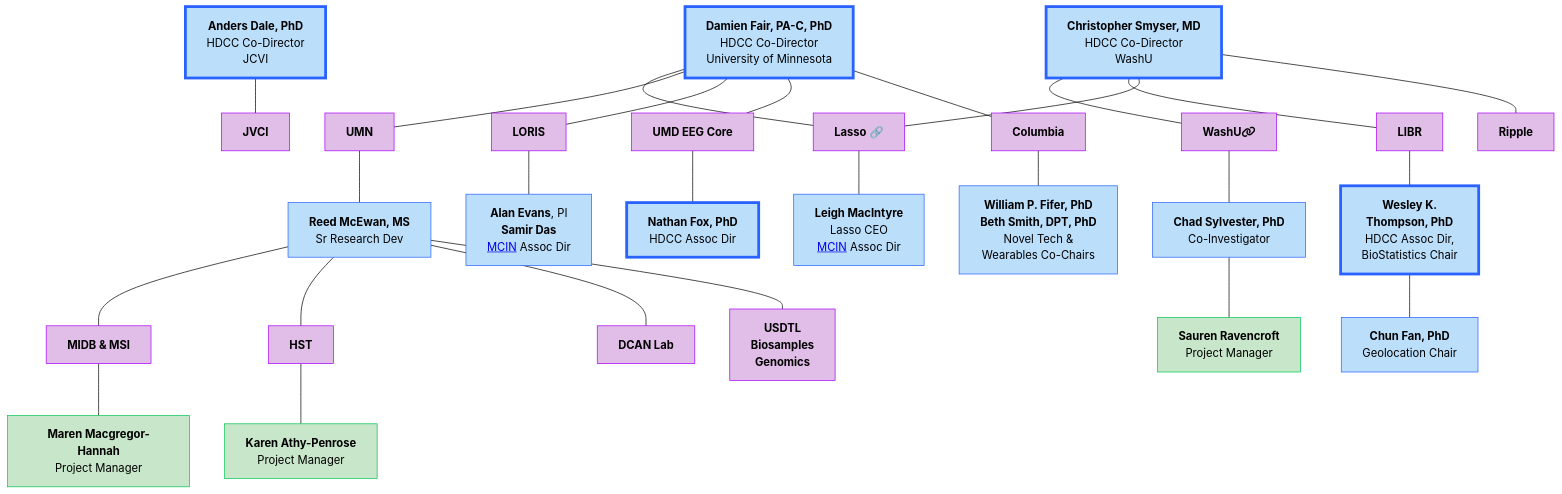
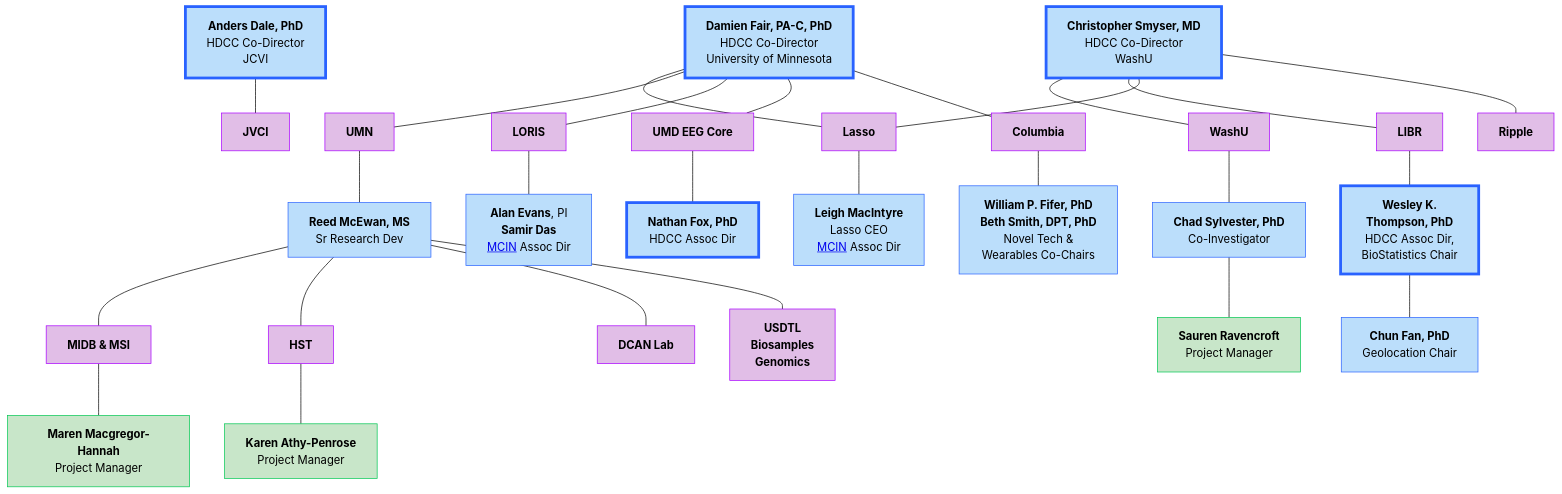
One commit to DCAN-Labs/hbcd-docs-internal changed the first of 9 diagrams in docs/orgcharts.md. Above: the diagram before and after it, drawn with Mermaid (forest theme). The commit also changed 1 other file, not shown here.

Commit message:
style clickable mermaid nodes

````diff
--- a/docs/orgcharts.md
+++ b/docs/orgcharts.md
@@ -12,54 +12,54 @@
 ```mermaid
 flowchart TB
     n2["<b>Anders Dale, PhD<br></b>HDCC Co-Director<br>JCVI"] --- jvci["<b>JVCI</b>"]
-    E["<b>Damien Fair, PA-C, PhD</b><br>HDCC Co-Director<br>University of Minnesota"] --- lasso["<b>Lasso</b> 🔗"] & umn["<b>UMN</b>"] & n7["<b>LORIS</b>"] & n8["<b>UMD EEG Core</b>"] & n11["<b>Columbia</b>"]
+    E["<b>Damien Fair, PA-C, PhD</b><br>HDCC Co-Director<br>University of Minnesota"] --- lasso["<b>Lasso</b>"] & umn["<b>UMN</b>"] & n7["<b>LORIS</b>"] & n8["<b>UMD EEG Core</b>"] & n11["<b>Columbia</b>"]
     lasso --- lasso1["<b>Leigh MacIntyre</b><br>Lasso CEO<br><a href="https://mcin.ca/about-mcin/" target="_blank">MCIN</a> Assoc Dir"]
-    n1["<b>Christopher Smyser, MD<br></b>HDCC Co-Director<br>WashU"] --- n10["<b>WashU</b><i class="fa-solid fa-link"></i>"] & n12["<b>LIBR</b>"] & lasso
+    n1["<b>Christopher Smyser, MD<br></b>HDCC Co-Director<br>WashU"] --- n10["<b>WashU</b>"] & n12["<b>LIBR</b>"] & lasso
     n16["<b>Wesley K.<br>Thompson, PhD</b><br>HDCC Assoc Dir,<br>BioStatistics Chair"] --- n17["<b>Chun Fan, PhD</b><br>Geolocation Chair"]
     n12 --- n16
     n8 --- n19["<b>Nathan Fox, PhD<br></b>HDCC Assoc Dir"]
     n7 --- n20["<b>Alan Evans</b>, PI<br><b>Samir Das</b><br><a href="https://mcin.ca/about-mcin/" target="_blank">MCIN</a> Assoc Dir"]
     umn --- reed["<b>Reed McEwan, MS</b><br>Sr Research Dev"]
     n10 --- n22["<b>Chad Sylvester, PhD</b><br>Co-Investigator"]
     n11 --- n18["<b>William P. Fifer, PhD</b><br><b>Beth Smith, DPT, PhD</b><br>Novel Tech &<br>Wearables Co-Chairs"]
     reed --- n25["<b>MIDB &amp; MSI</b>"] & n27["<b>HST</b>"] & n28["<b>DCAN Lab</b>"] & n29["<b>USDTL<br>Biosamples<br>Genomics</b>"]
     n25 --- n30["<b>Maren Macgregor-Hannah</b><br>Project Manager"]
     n27 --- n31["<b>Karen Athy-Penrose</b><br>Project Manager"]
     n22 --- n32["<b>Sauren Ravencroft</b><br>Project Manager"]
     n1 --- n24["<b>Ripple</b>"]
     style n2 fill:#BBDEFB,stroke:#2962FF,stroke-width:4px
     style jvci fill:#E1BEE7,stroke:#AA00FF
     style E fill:#BBDEFB,stroke:#2962FF,stroke-width:4px
     style lasso fill:#E1BEE7,stroke:#AA00FF
     style umn fill:#E1BEE7,stroke:#AA00FF
     style n7 fill:#E1BEE7,stroke:#AA00FF
     style n8 fill:#E1BEE7,stroke:#AA00FF
     style n11 fill:#E1BEE7,stroke:#AA00FF
     style lasso1 fill:#BBDEFB,stroke:#2962FF
     style n1 fill:#BBDEFB,stroke:#2962FF,stroke-width:4px
     style n10 fill:#E1BEE7,stroke:#AA00FF
     style n12 fill:#E1BEE7,stroke:#AA00FF
     style n16 fill:#BBDEFB,stroke:#2962FF,stroke-width:4px
     style n17 fill:#BBDEFB,stroke:#2962FF
     style n19 fill:#BBDEFB,stroke:#2962FF,stroke-width:4px
     style n20 fill:#BBDEFB,stroke:#2962FF
     style reed fill:#BBDEFB,stroke:#2962FF
     style n22 fill:#BBDEFB,stroke:#2962FF
     style n24 fill:#E1BEE7,stroke:#AA00FF
     style n18 fill:#BBDEFB,stroke:#2962FF
     style n25 fill:#E1BEE7,stroke:#AA00FF
     style n27 fill:#E1BEE7,stroke:#AA00FF
     style n28 fill:#E1BEE7,stroke:#AA00FF
     style n29 fill:#E1BEE7,stroke:#AA00FF
     style n30 fill:#C8E6C9,stroke:#00C853
     style n31 fill:#C8E6C9,stroke:#00C853
     style n32 fill:#C8E6C9,stroke:#00C853
     click jvci "#j-craig-venter-institute"
     click lasso "#lasso"
     click umn "#university-of-minnesota"
     click n7 "#loris"
     click n8 "#umd-eeg-core"
     click n10 "#washu"
     click n25 "#midb-informatics-hub-msi"
     click n27 "#health-sciences-technology"
 ```
````
